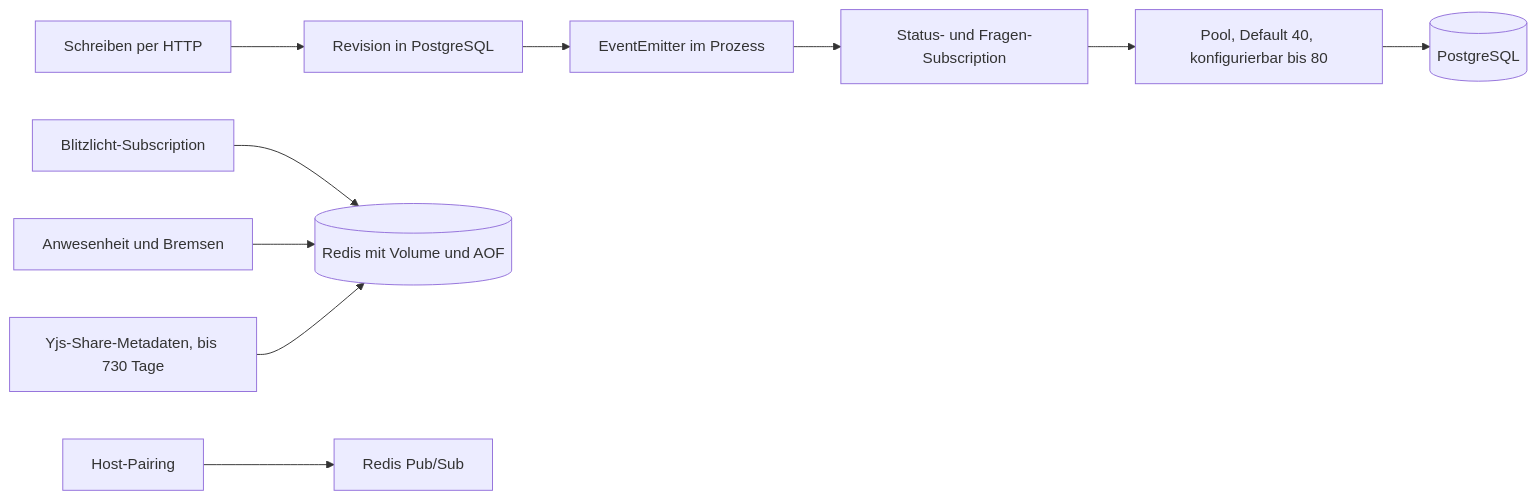
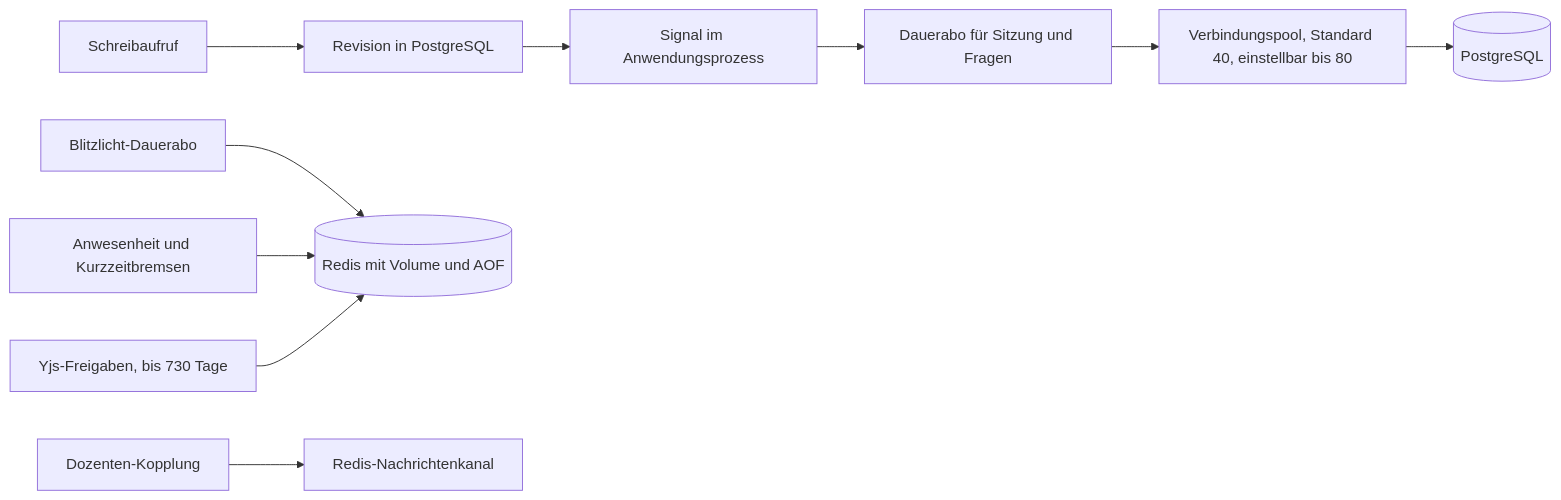
The fourth of 4 diagrams in docs/diagrams/netzwerkplan.md (jonasyr/arsnova.eu), drawn with Mermaid before and after one commit. The commit also changed other lines of this file and 1 other file, not shown here.

````diff
--- a/docs/diagrams/netzwerkplan.md
+++ b/docs/diagrams/netzwerkplan.md
@@ -109,13 +189,13 @@
 ```mermaid
 flowchart LR
-  write[Schreiben per HTTP] --> revision[Revision in PostgreSQL]
-  revision --> emitter[EventEmitter im Prozess]
-  emitter --> sub[Status- und Fragen-Subscription]
-  sub --> pool["Pool, Default 40, konfigurierbar bis 80"]
+  write[Schreibaufruf] --> revision[Revision in PostgreSQL]
+  revision --> emitter[Signal im Anwendungsprozess]
+  emitter --> sub[Dauerabo für Sitzung und Fragen]
+  sub --> pool["Verbindungspool, Standard 40, einstellbar bis 80"]
   pool --> pg[(PostgreSQL)]
 
-  qf[Blitzlicht-Subscription] --> redis[("Redis mit Volume und AOF")]
-  presence[Anwesenheit und Bremsen] --> redis
-  pair[Host-Pairing] --> pubsub[Redis Pub/Sub]
-  yjsMeta["Yjs-Share-Metadaten, bis 730 Tage"] --> redis
+  qf[Blitzlicht-Dauerabo] --> redis[("Redis mit Volume und AOF")]
+  presence[Anwesenheit und Kurzzeitbremsen] --> redis
+  pair[Dozenten-Kopplung] --> pubsub[Redis-Nachrichtenkanal]
+  yjsMeta["Yjs-Freigaben, bis 730 Tage"] --> redis
 ```
````
